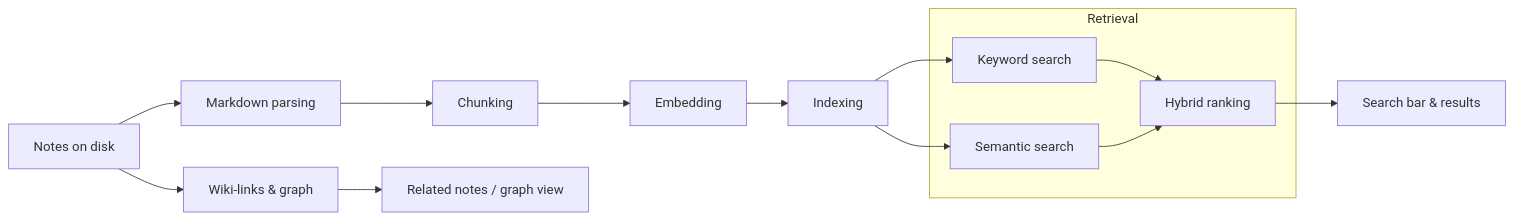
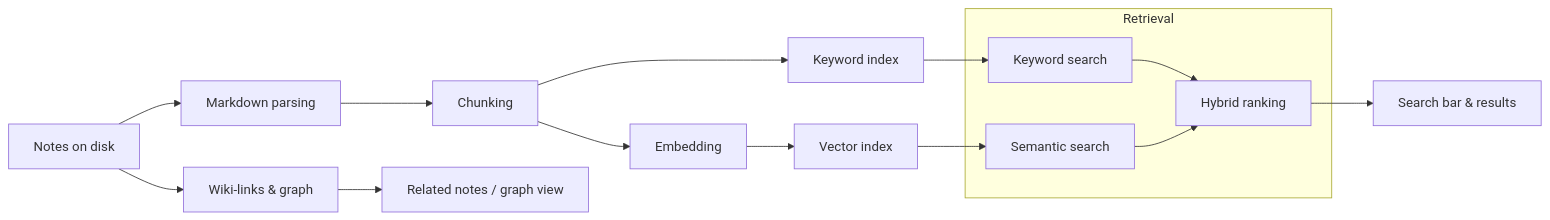
The diagram in docs/ai-architecture.md (AOSSIE-Org/SmartNotes), drawn with Mermaid before and after one commit. The commit also changed other lines of this file, not shown here.

Commit message:
docs: fix diagram, embedding example, and index contract per review

````diff
--- a/docs/ai-architecture.md
+++ b/docs/ai-architecture.md
@@ -13,19 +13,20 @@
 ```mermaid
 flowchart LR
   Notes[Notes on disk] --> Parse[Markdown parsing]
   Parse --> Chunk[Chunking]
   Chunk --> Embed[Embedding]
-  Embed --> Index[Indexing]
+  Embed --> VecIdx[Vector index]
+  Chunk --> KwIdx[Keyword index]
   Notes --> KG[Wiki‑links & graph]
 
   subgraph Retrieval[Retrieval]
     KW[Keyword search] --> Fuse[Hybrid ranking]
     Sem[Semantic search] --> Fuse
   end
 
-  Index --> KW
-  Index --> Sem
+  KwIdx --> KW
+  VecIdx --> Sem
 
   Fuse --> UI_Search[Search bar & results]
   KG --> UI_Related[Related notes / graph view]
 ```
````
